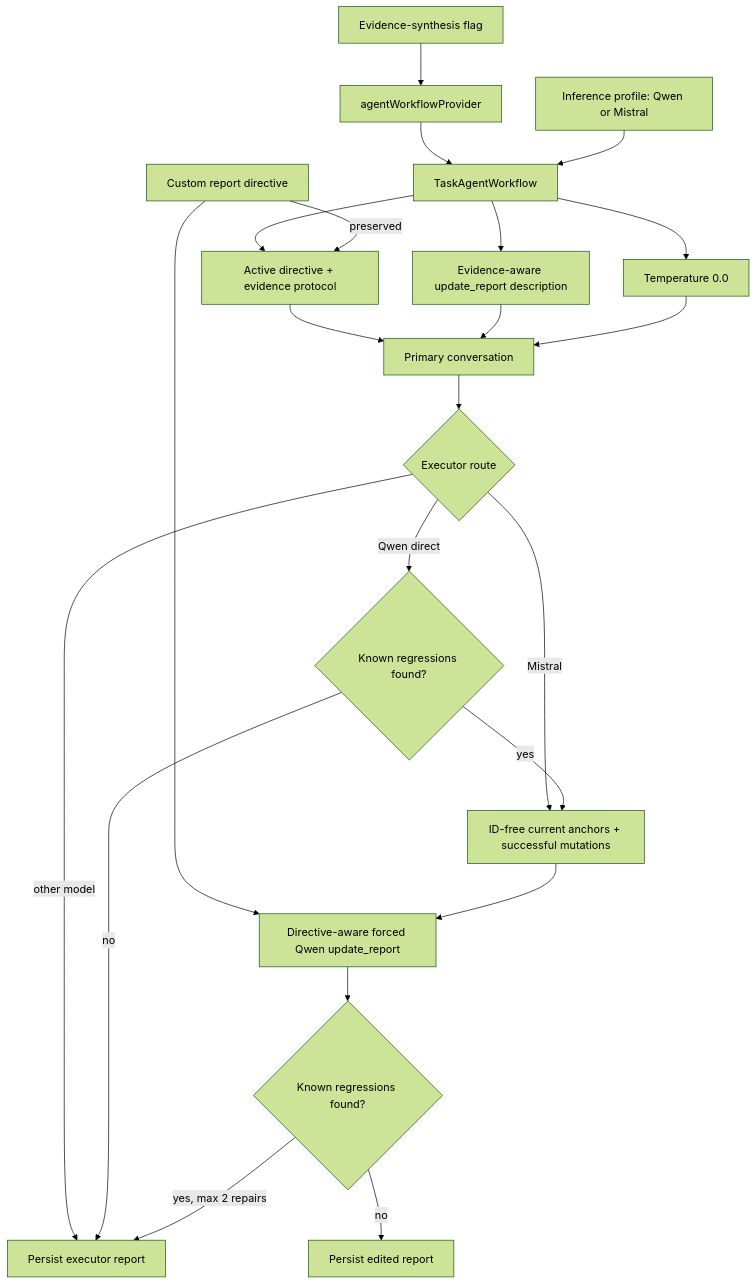
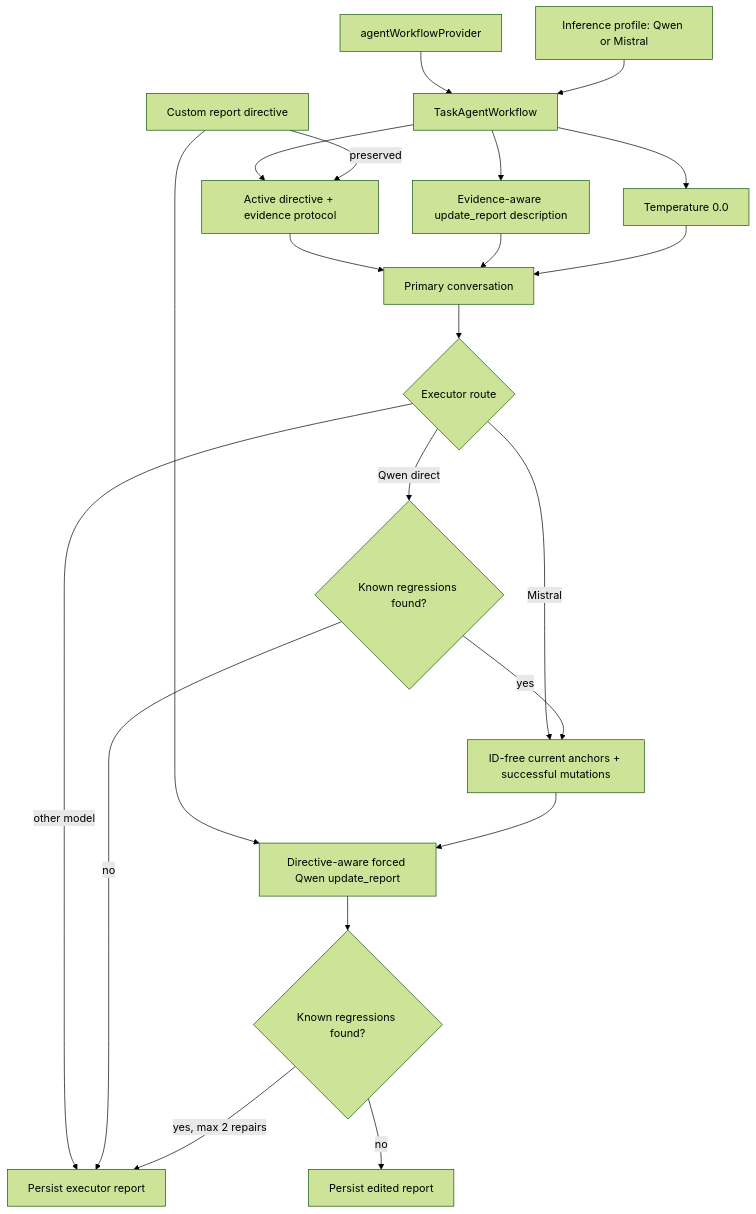
Diagram 13 of 23 in lib/features/agents/README.md (matthiasn/lotti), drawn with Mermaid (forest theme) before and after one commit. The commit also changed other lines of this file and 57 other files, not shown here.

````diff
--- a/lib/features/agents/README.md
+++ b/lib/features/agents/README.md
@@ -1092,24 +1090,23 @@
 ```mermaid
 flowchart TD
-  Flag["Evidence-synthesis flag"] --> Provider["agentWorkflowProvider"]
-  Provider --> Workflow["TaskAgentWorkflow"]
+  Provider["agentWorkflowProvider"] --> Workflow["TaskAgentWorkflow"]
   Profile["Inference profile: Qwen or Mistral"] --> Workflow
   Workflow --> Prompt["Active directive + evidence protocol"]
   Workflow --> Tools["Evidence-aware update_report description"]
   Workflow --> Sampling["Temperature 0.0"]
   Custom["Custom report directive"] -->|preserved| Prompt
   Prompt --> Executor["Primary conversation"]
   Tools --> Executor
   Sampling --> Executor
   Executor --> Route{"Executor route"}
   Route -->|other model| Persist["Persist executor report"]
   Route -->|Mistral| Facts["ID-free current anchors + successful mutations"]
   Route -->|Qwen direct| DirectValidate{"Known regressions found?"}
   DirectValidate -->|no| Persist
   DirectValidate -->|yes| Facts
   Custom --> Editor
   Facts --> Editor["Directive-aware forced Qwen update_report"]
   Editor --> Validate{"Known regressions found?"}
   Validate -->|no| PersistEdited["Persist edited report"]
   Validate -->|yes, max 2 repairs| Persist
 ```
````
